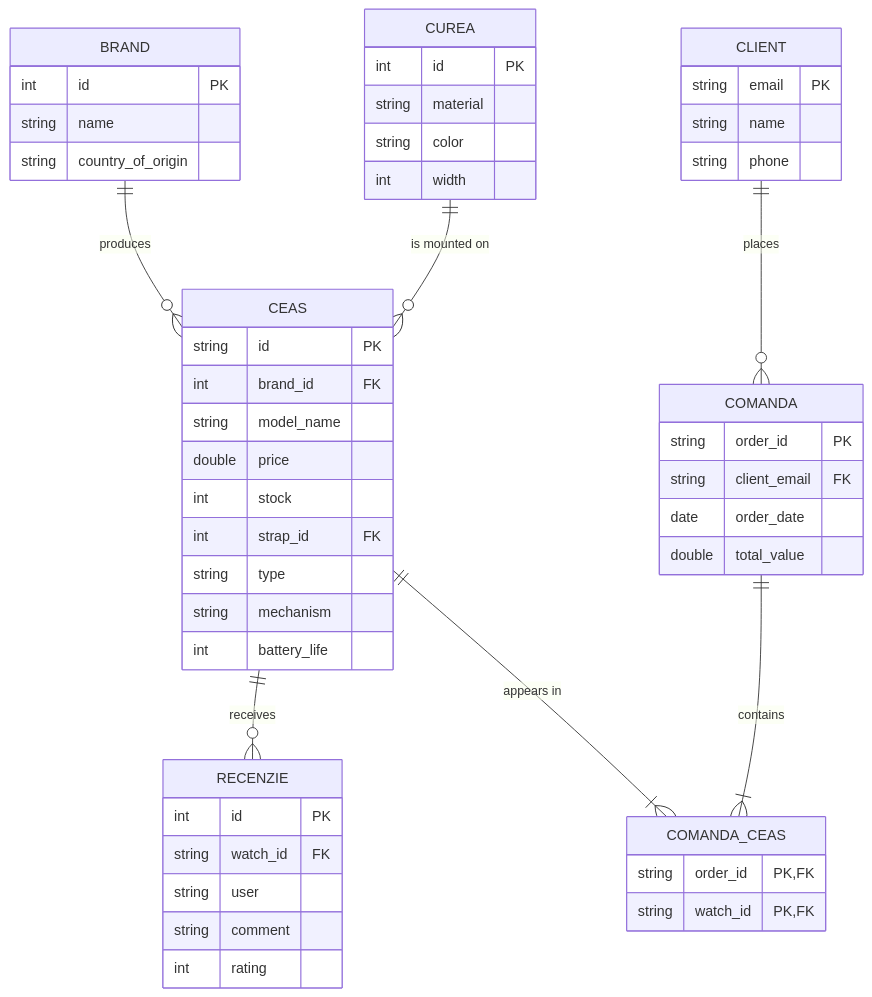
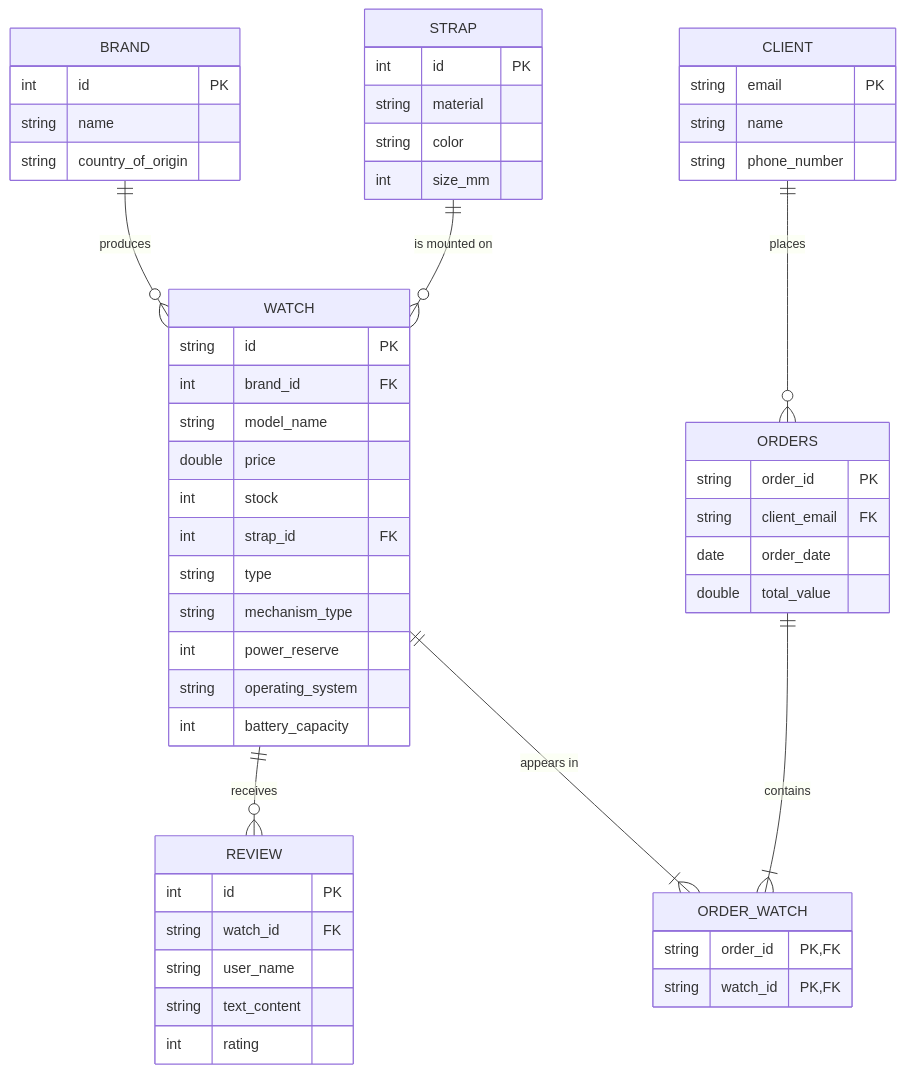
The diagram in ERD.md (rthh21/CoffeeWatch), drawn with Mermaid before and after one commit. The commit also changed other lines of this file and 59 other files, not shown here.

````diff
--- a/ERD.md
+++ b/ERD.md
@@ -5,60 +5,62 @@
 ```mermaid
 erDiagram
-    BRAND ||--o{ CEAS : "produces"
-    CUREA ||--o{ CEAS : "is mounted on"
-    CEAS ||--o{ RECENZIE : "receives"
-    CLIENT ||--o{ COMANDA : "places"
-    COMANDA ||--|{ COMANDA_CEAS : "contains"
-    CEAS ||--|{ COMANDA_CEAS : "appears in"
+    BRAND ||--o{ WATCH : "produces"
+    STRAP ||--o{ WATCH : "is mounted on"
+    WATCH ||--o{ REVIEW : "receives"
+    CLIENT ||--o{ ORDERS : "places"
+    ORDERS ||--|{ ORDER_WATCH : "contains"
+    WATCH ||--|{ ORDER_WATCH : "appears in"
 
     BRAND {
         int id PK
         string name
         string country_of_origin
     }
 
-    CUREA {
+    STRAP {
         int id PK
         string material
         string color
-        int width
+        int size_mm
     }
 
-    CEAS {
+    WATCH {
         string id PK
         int brand_id FK
         string model_name
         double price
         int stock
         int strap_id FK
         string type
-        string mechanism
-        int battery_life
+        string mechanism_type
+        int power_reserve
+        string operating_system
+        int battery_capacity
     }
 
     CLIENT {
         string email PK
         string name
-        string phone
+        string phone_number
     }
 
-    RECENZIE {
+    REVIEW {
         int id PK
         string watch_id FK
-        string user
-        string comment
+        string user_name
+        string text_content
         int rating
     }
 
-    COMANDA {
+    ORDERS {
         string order_id PK
         string client_email FK
         date order_date
         double total_value
     }
 
-    COMANDA_CEAS {
+    ORDER_WATCH {
         string order_id PK, FK
         string watch_id PK, FK
     }
 ```
````
